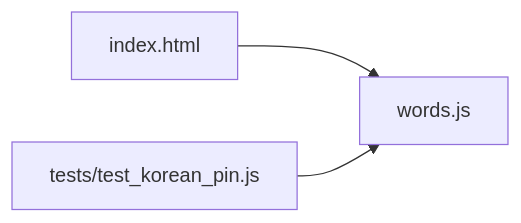
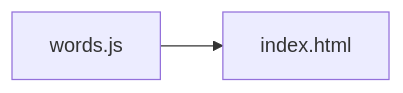
One commit to cptntrps/korean-word-of-the-day changed the diagram in docs/2_SYSTEM_ARCHITECTURE.md. Above: the diagram before and after it, drawn with Mermaid. The commit also changed other lines of this file and 5 other files, not shown here.

````diff
--- a/docs/2_SYSTEM_ARCHITECTURE.md
+++ b/docs/2_SYSTEM_ARCHITECTURE.md
@@ -43,9 +39,4 @@
 ```mermaid
 graph LR
-    index["index.html"]
-    words["words.js"]
-    tests["tests/test_korean_pin.js"]
-
-    index --> words
-    tests --> words
+    words_js[words.js] --> index_html[index.html]
 ```
````
